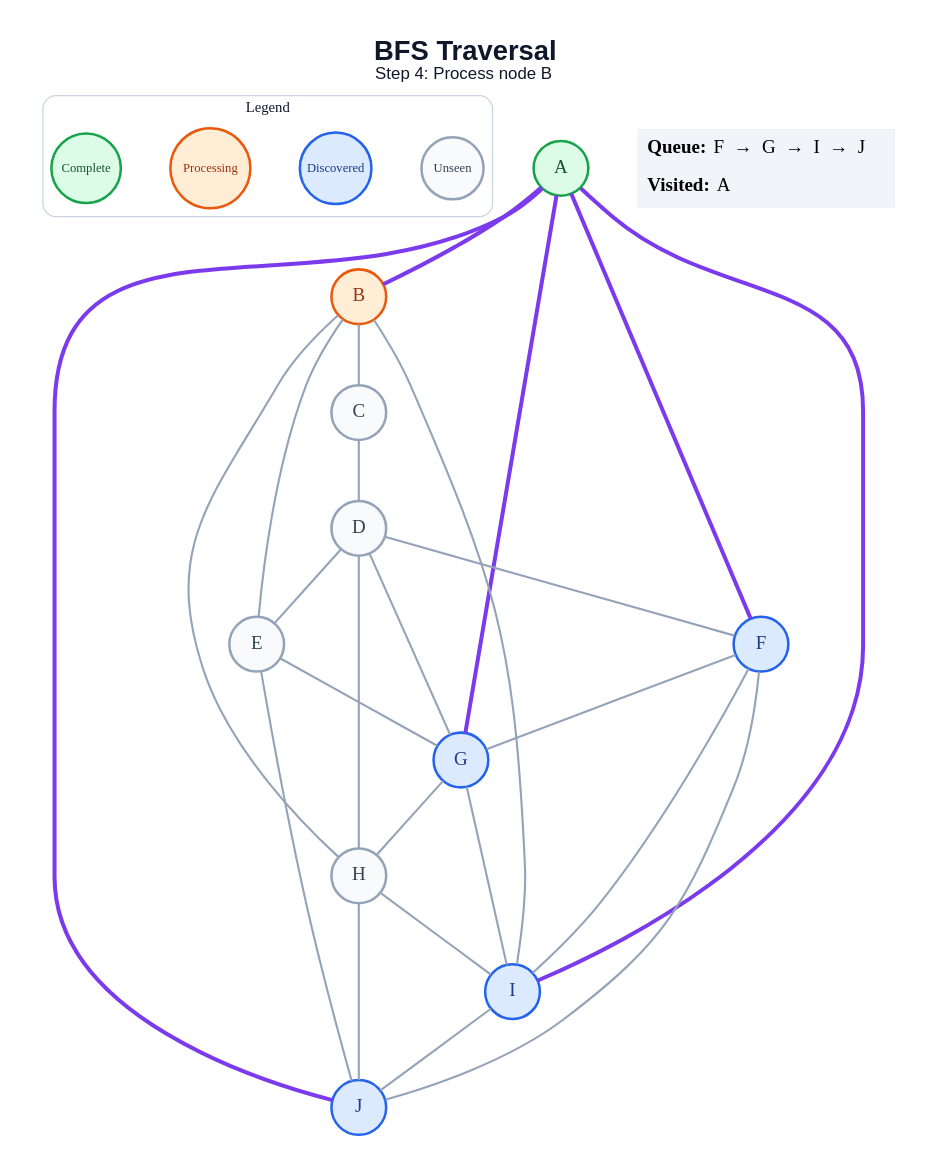
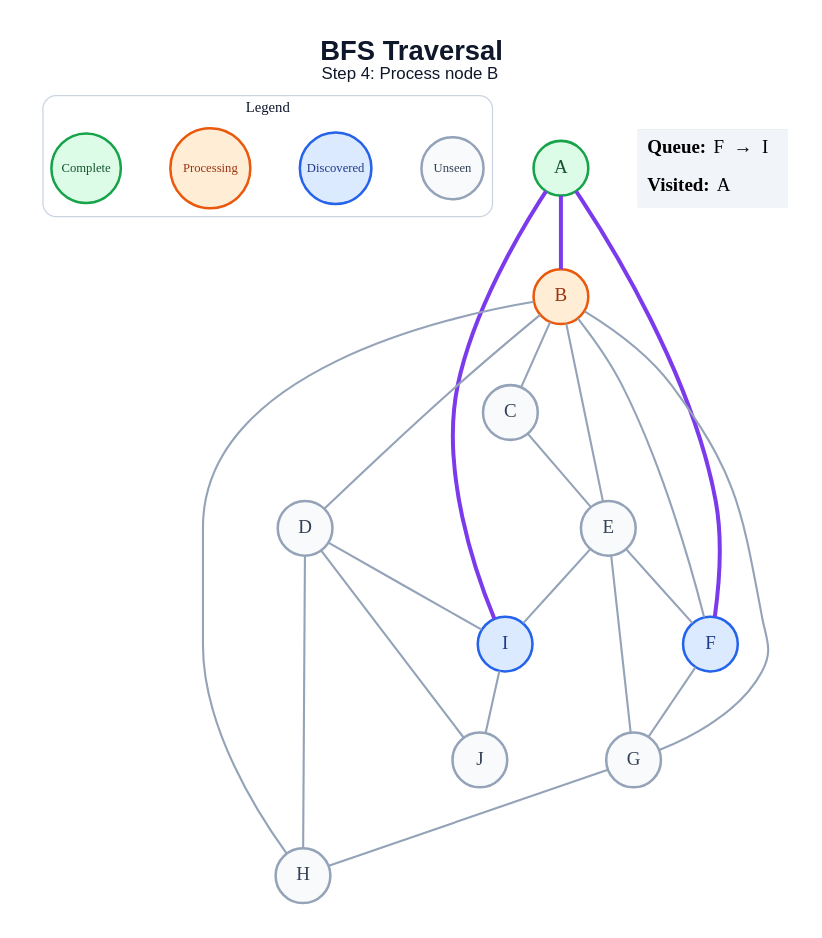
The diagram in generated/bfs/step_04.dot (amanghodawala9/ai-slop), drawn with Graphviz before and after one commit. The commit also changed 178 other files, not shown here.

```diff
--- a/generated/bfs/step_04.dot
+++ b/generated/bfs/step_04.dot
@@ -1,53 +1,48 @@
 graph traversal {
   graph [layout=dot, rankdir=TB, bgcolor="#FFFFFF", pad="0.35", nodesep="0.65", ranksep="0.8", fontname="Arial"];
   node [shape=circle, style="filled", fontname="Arial Bold", fontsize=18, width=0.72, fixedsize=true, penwidth=2.4];
   edge [color="#94A3B8", penwidth=2.0];
   label=<<B>BFS Traversal</B><BR/><FONT POINT-SIZE="16">Step 4: Process node B</FONT>>; labelloc="t"; fontsize=26; fontname="Arial"; fontcolor="#0F172A";
   subgraph cluster_legend { label="Legend"; color="#CBD5E1"; penwidth=1.2; style="rounded"; fontsize=14; fontname="Arial Bold";
     key_unseen [label="Unseen", fillcolor="#F8FAFC", color="#94A3B8", fontcolor="#334155", fontsize=12, width=0.82];
     key_frontier [label="Discovered", fillcolor="#DBEAFE", color="#2563EB", fontcolor="#1E3A8A", fontsize=12, width=0.95];
     key_current [label="Processing", fillcolor="#FFEDD5", color="#EA580C", fontcolor="#9A3412", fontsize=12, width=1.05];
     key_done [label="Complete", fillcolor="#DCFCE7", color="#16A34A", fontcolor="#14532D", fontsize=12, width=0.92];
     { rank=same; key_unseen; key_frontier; key_current; key_done; }
   }
   A [fillcolor="#DCFCE7", color="#16A34A", fontcolor="#14532D"];
   B [fillcolor="#FFEDD5", color="#EA580C", fontcolor="#9A3412"];
   C [fillcolor="#F8FAFC", color="#94A3B8", fontcolor="#334155"];
   D [fillcolor="#F8FAFC", color="#94A3B8", fontcolor="#334155"];
   E [fillcolor="#F8FAFC", color="#94A3B8", fontcolor="#334155"];
   F [fillcolor="#DBEAFE", color="#2563EB", fontcolor="#1E3A8A"];
-  G [fillcolor="#DBEAFE", color="#2563EB", fontcolor="#1E3A8A"];
+  G [fillcolor="#F8FAFC", color="#94A3B8", fontcolor="#334155"];
   H [fillcolor="#F8FAFC", color="#94A3B8", fontcolor="#334155"];
   I [fillcolor="#DBEAFE", color="#2563EB", fontcolor="#1E3A8A"];
-  J [fillcolor="#DBEAFE", color="#2563EB", fontcolor="#1E3A8A"];
+  J [fillcolor="#F8FAFC", color="#94A3B8", fontcolor="#334155"];
   A -- B [color="#7C3AED", penwidth=3.8];
   A -- F [color="#7C3AED", penwidth=3.8];
-  A -- G [color="#7C3AED", penwidth=3.8];
   A -- I [color="#7C3AED", penwidth=3.8];
-  A -- J [color="#7C3AED", penwidth=3.8];
   B -- C;
+  B -- D;
   B -- E;
+  B -- F;
+  B -- G;
   B -- H;
-  B -- I;
-  C -- D;
-  D -- E;
-  D -- F;
-  D -- G;
+  C -- E;
   D -- H;
+  D -- I;
+  D -- J;
+  E -- F;
   E -- G;
-  E -- J;
+  E -- I;
   F -- G;
-  F -- I;
-  F -- J;
   G -- H;
-  G -- I;
-  H -- I;
-  H -- J;
   I -- J;
   status [shape=plain, fixedsize=false, width=0, height=0, margin=0, label=<
     <TABLE BORDER="0" CELLBORDER="0" CELLPADDING="7" BGCOLOR="#F1F5F9">
-      <TR><TD ALIGN="LEFT"><B>Queue:</B> F  →  G  →  I  →  J</TD></TR>
+      <TR><TD ALIGN="LEFT"><B>Queue:</B> F  →  I</TD></TR>
       <TR><TD ALIGN="LEFT"><B>Visited:</B> A</TD></TR>
     </TABLE>
   >];
 }
```
